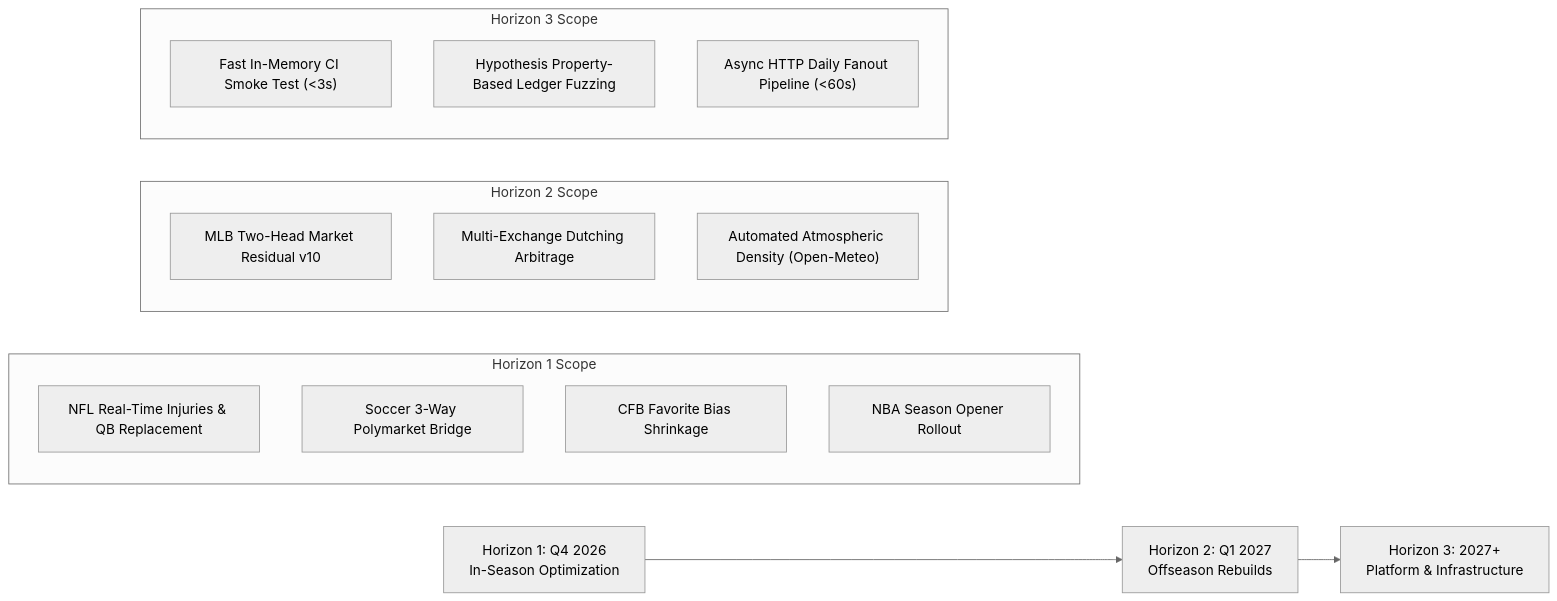
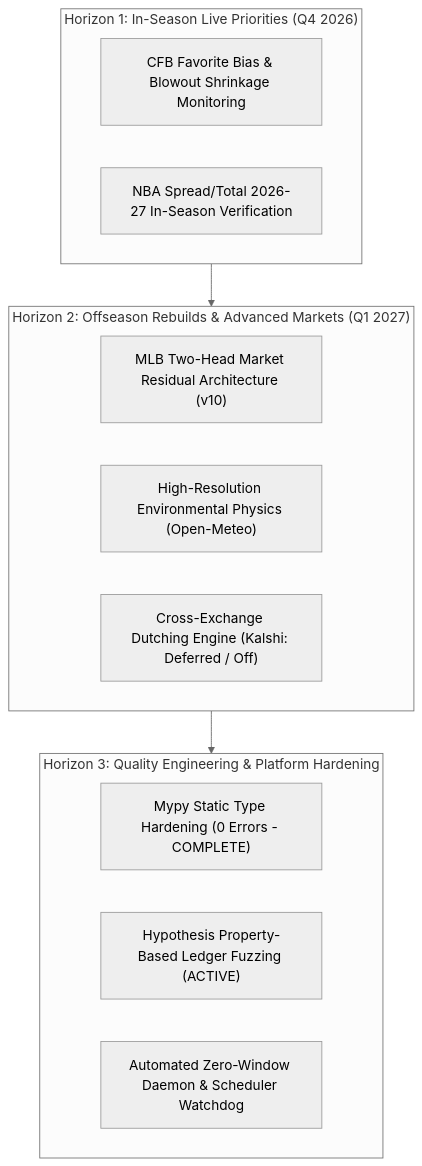
The diagram in docs/ROADMAP.md (Vc9002/model-prediction), drawn with Mermaid (neutral theme) before and after one commit. The commit also changed other lines of this file and 163 other files, not shown here.

````diff
--- a/docs/ROADMAP.md
+++ b/docs/ROADMAP.md
@@ -107,24 +84,21 @@
 ```mermaid
-flowchart LR
-    H1["Horizon 1: Q4 2026<br/>In-Season Optimization"] --> H2["Horizon 2: Q1 2027<br/>Offseason Rebuilds"]
-    H2 --> H3["Horizon 3: 2027+<br/>Platform & Infrastructure"]
-    
-    subgraph H1_Details["Horizon 1 Scope"]
-        H1A["NFL Real-Time Injuries & QB Replacement"]
-        H1B["Soccer 3-Way Polymarket Bridge"]
-        H1C["CFB Favorite Bias Shrinkage"]
-        H1D["NBA Season Opener Rollout"]
+flowchart TD
+    subgraph H1["Horizon 1: In-Season Live Priorities (Q4 2026)"]
+        H1A["CFB Favorite Bias & Blowout Shrinkage Monitoring"]
+        H1B["NBA Spread/Total 2026-27 In-Season Verification"]
     end
 
-    subgraph H2_Details["Horizon 2 Scope"]
-        H2A["MLB Two-Head Market Residual v10"]
-        H2B["Multi-Exchange Dutching Arbitrage"]
-        H2C["Automated Atmospheric Density (Open-Meteo)"]
+    subgraph H2["Horizon 2: Offseason Rebuilds & Advanced Markets (Q1 2027)"]
+        H2A["MLB Two-Head Market Residual Architecture (v10)"]
+        H2B["High-Resolution Environmental Physics (Open-Meteo)"]
+        H2C["Cross-Exchange Dutching Engine (Kalshi: Deferred / Off)"]
     end
 
-    subgraph H3_Details["Horizon 3 Scope"]
-        H3A["Fast In-Memory CI Smoke Test (<3s)"]
-        H3B["Hypothesis Property-Based Ledger Fuzzing"]
-        H3C["Async HTTP Daily Fanout Pipeline (<60s)"]
+    subgraph H3["Horizon 3: Quality Engineering & Platform Hardening"]
+        H3A["Mypy Static Type Hardening (0 Errors - COMPLETE)"]
+        H3B["Hypothesis Property-Based Ledger Fuzzing (ACTIVE)"]
+        H3C["Automated Zero-Window Daemon & Scheduler Watchdog"]
     end
+
+    H1 --> H2 --> H3
 ```
````
